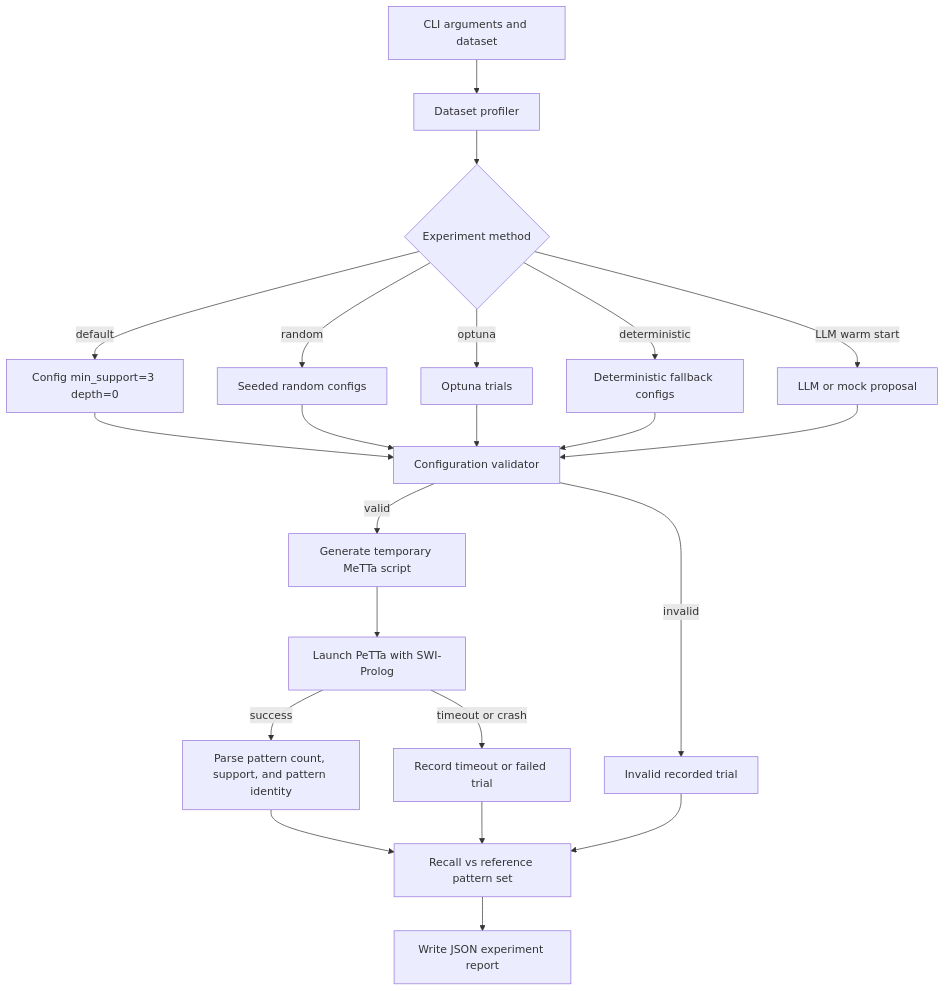
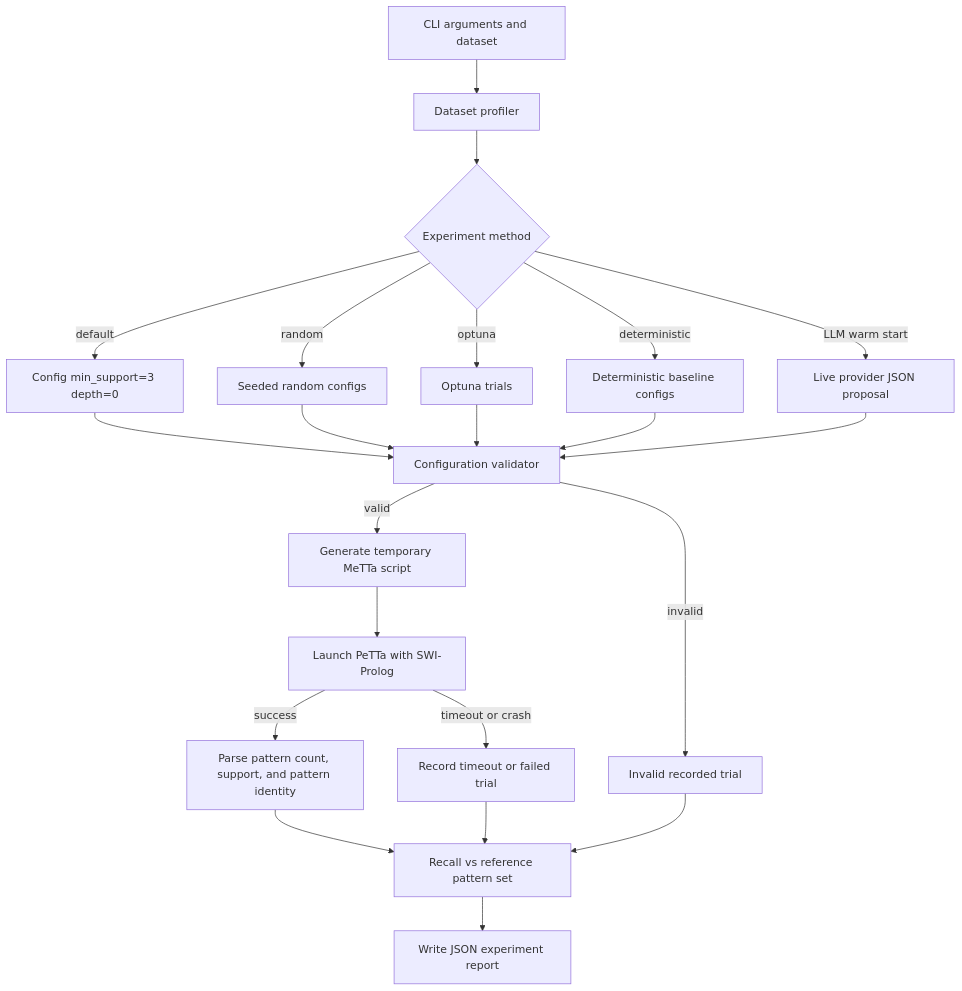
Before and after one commit to zenebumelaku/pattern-miner: the diagram in hyperon-miner/optimizer/results/architecture.md, drawn with Mermaid. The commit also changed other lines of this file and 12 other files, not shown here.

Commit message:
feat: Enhance LLM integration with explicit offline fallback and improved error handling

````diff
--- a/hyperon-miner/optimizer/results/architecture.md
+++ b/hyperon-miner/optimizer/results/architecture.md
@@ -3,24 +3,24 @@
 ```mermaid
 flowchart TD
   A[CLI arguments and dataset] --> B[Dataset profiler]
   B --> C{Experiment method}
   C -->|default| D[Config min_support=3 depth=0]
   C -->|random| E[Seeded random configs]
   C -->|optuna| F[Optuna trials]
-  C -->|deterministic| G[Deterministic fallback configs]
-  C -->|LLM warm start| H[LLM or mock proposal]
+  C -->|deterministic| G[Deterministic baseline configs]
+  C -->|LLM warm start| H[Live provider JSON proposal]
   D --> V[Configuration validator]
   E --> V
   F --> V
   G --> V
   H --> V
   V -->|valid| S[Generate temporary MeTTa script]
   V -->|invalid| I[Invalid recorded trial]
   S --> P[Launch PeTTa with SWI-Prolog]
   P -->|success| R[Parse pattern count, support, and pattern identity]
   P -->|timeout or crash| T[Record timeout or failed trial]
   R --> Cmp[Recall vs reference pattern set]
   I --> Cmp
   T --> Cmp
   Cmp --> J[Write JSON experiment report]
 ```
````
